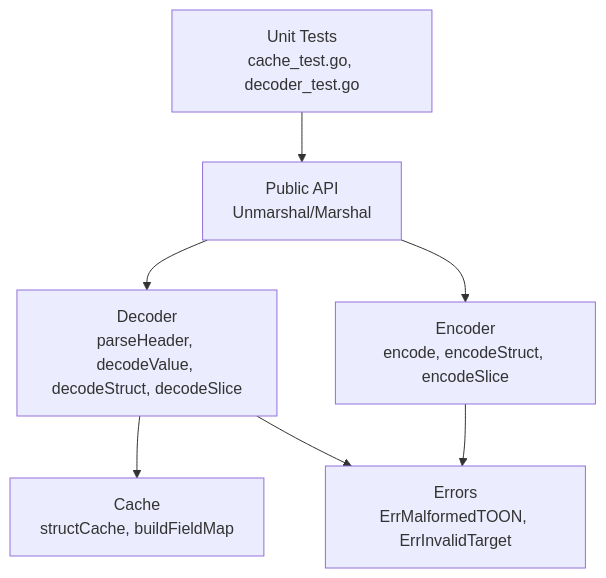
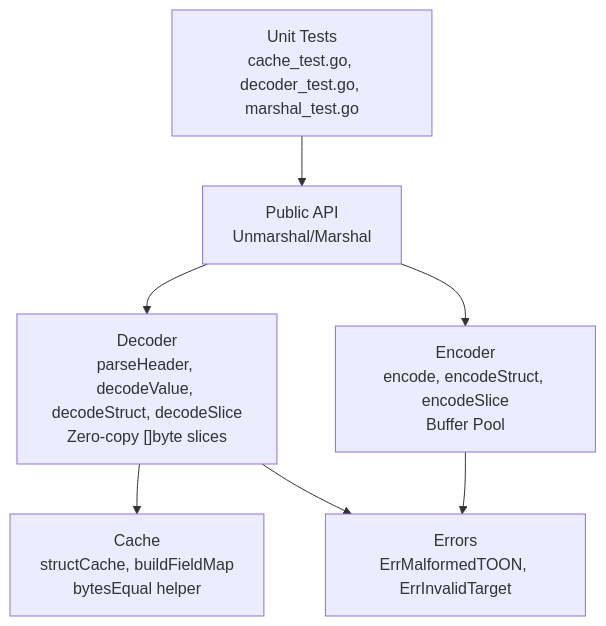
Before and after one commit to OTumanov/go-toon: the second of 6 diagrams in .qoder/repowiki/en/content/Testing and Quality Assurance.md, drawn with Mermaid. The commit also changed other lines of this file and 6 other files, not shown here.

First line of the commit message:
feat: add Stream API (Encoder/Decoder)

````diff
--- a/.qoder/repowiki/en/content/Testing and Quality Assurance.md
+++ b/.qoder/repowiki/en/content/Testing and Quality Assurance.md
@@ -87,15 +101,15 @@
 ```mermaid
 graph TB
-UT["Unit Tests<br/>cache_test.go, decoder_test.go"]
+UT["Unit Tests<br/>cache_test.go, decoder_test.go, marshal_test.go"]
 PUB["Public API<br/>Unmarshal/Marshal"]
-DEC["Decoder<br/>parseHeader, decodeValue, decodeStruct, decodeSlice"]
-ENC["Encoder<br/>encode, encodeStruct, encodeSlice"]
-CACHE["Cache<br/>structCache, buildFieldMap"]
+DEC["Decoder<br/>parseHeader, decodeValue, decodeStruct, decodeSlice<br/>Zero-copy []byte slices"]
+ENC["Encoder<br/>encode, encodeStruct, encodeSlice<br/>Buffer Pool"]
+CACHE["Cache<br/>structCache, buildFieldMap<br/>bytesEqual helper"]
 ERR["Errors<br/>ErrMalformedTOON, ErrInvalidTarget"]
 UT --> PUB
 PUB --> DEC
 PUB --> ENC
 DEC --> CACHE
 DEC --> ERR
 ENC --> ERR
 ```
````
